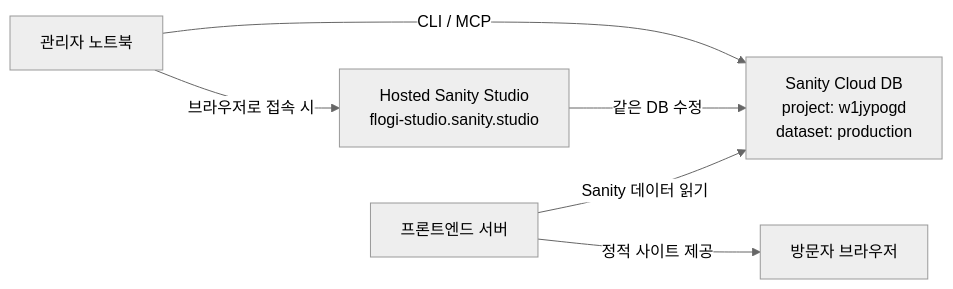
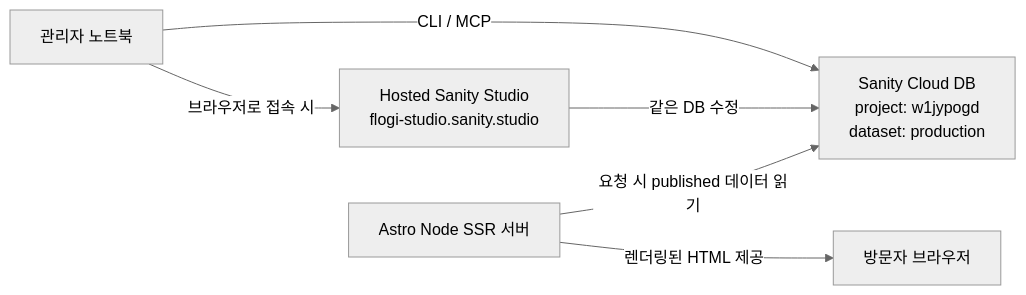
The diagram in README.md (Logan-kim-the-philosopher/flogis-blog), drawn with Mermaid (neutral theme) before and after one commit. The commit also changed other lines of this file and 33 other files, not shown here.

Commit message:
feat: deploy Astro SSR with runtime Sanity config

````diff
--- a/README.md
+++ b/README.md
@@ -98,8 +102,8 @@
 ```mermaid
 flowchart LR
     A[관리자 노트북] -->|CLI / MCP| B[Sanity Cloud DB<br/>project: w1jypogd<br/>dataset: production]
     A -->|브라우저로 접속 시| C[Hosted Sanity Studio<br/>flogi-studio.sanity.studio]
     C -->|같은 DB 수정| B
-    D[프론트엔드 서버] -->|Sanity 데이터 읽기| B
-    D -->|정적 사이트 제공| E[방문자 브라우저]
+    D[Astro Node SSR 서버] -->|요청 시 published 데이터 읽기| B
+    D -->|렌더링된 HTML 제공| E[방문자 브라우저]
 ```
````
